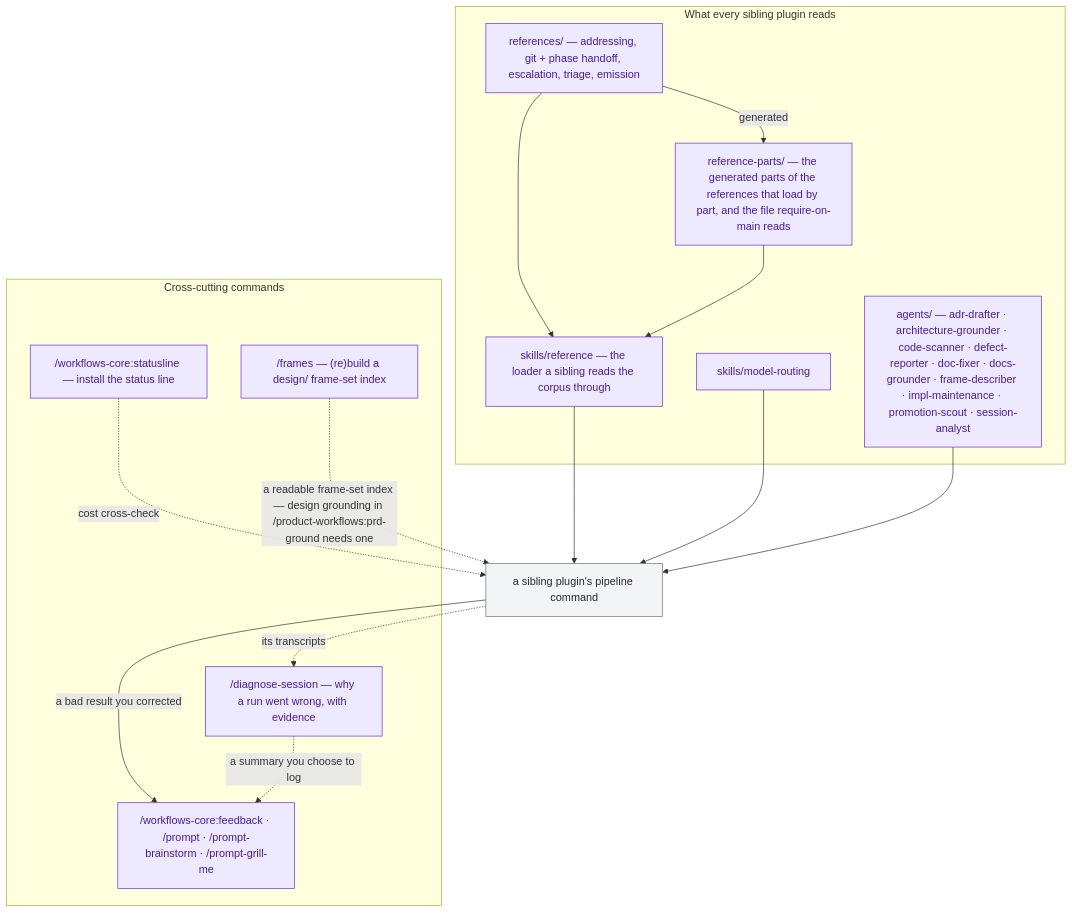
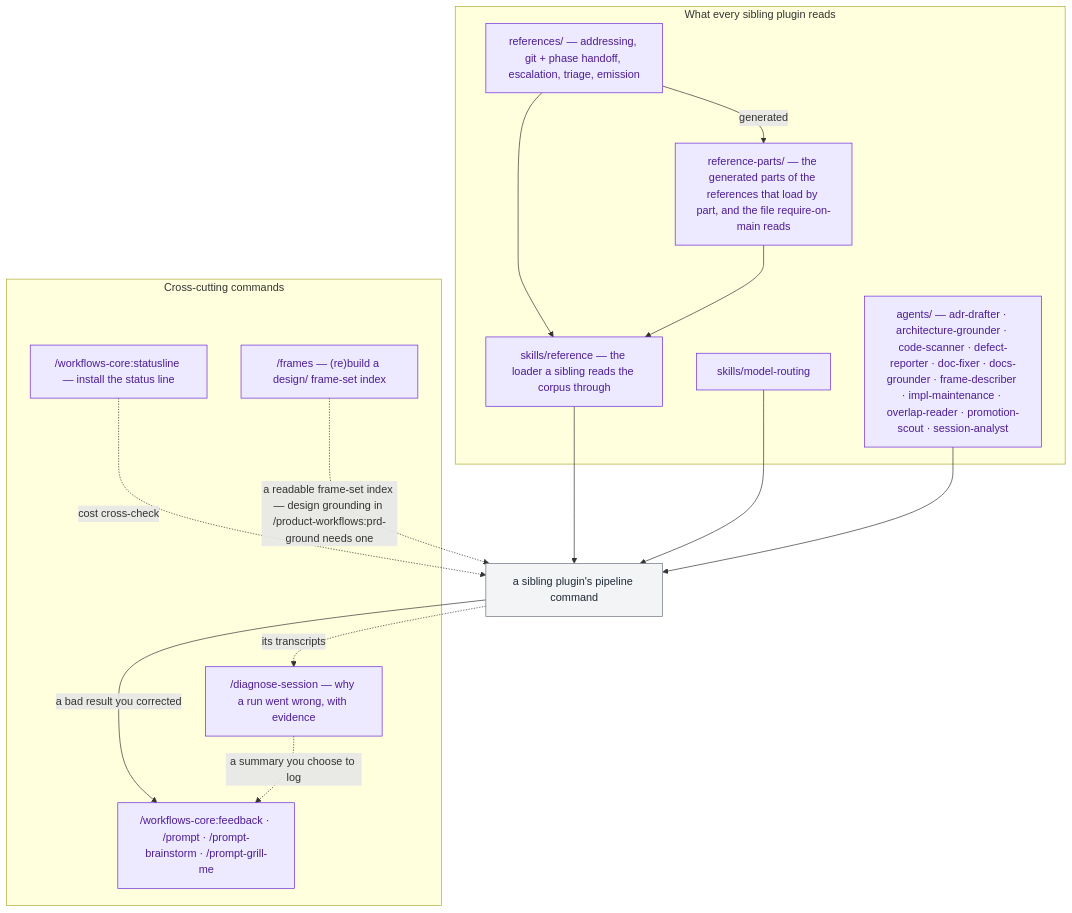
Before and after one commit to ihudak/ai-workflows: the diagram in plugins/workflows-core/docs/workflow.md, drawn with Mermaid. The commit also changed other lines of this file and 25 other files, not shown here.

````diff
--- a/plugins/workflows-core/docs/workflow.md
+++ b/plugins/workflows-core/docs/workflow.md
@@ -5,32 +5,32 @@
 ```mermaid
 flowchart TD
     subgraph CORPUS["What every sibling plugin reads"]
         refs["references/ — addressing, git + phase handoff, escalation, triage, emission"]:::core
         parts["reference-parts/ — the generated parts of the references that load by part, and the file require-on-main reads"]:::core
         loader["skills/reference — the loader a sibling reads the corpus through"]:::core
         skill["skills/model-routing"]:::core
-        agents["agents/ — adr-drafter · architecture-grounder · code-scanner · defect-reporter · doc-fixer · docs-grounder · frame-describer · impl-maintenance · promotion-scout · session-analyst"]:::core
+        agents["agents/ — adr-drafter · architecture-grounder · code-scanner · defect-reporter · doc-fixer · docs-grounder · frame-describer · impl-maintenance · overlap-reader · promotion-scout · session-analyst"]:::core
     end
     subgraph CROSS["Cross-cutting commands"]
         setup["/workflows-core:statusline — install the status line"]:::core
         repair["/frames — (re)build a design/ frame-set index"]:::core
         improve["/workflows-core:feedback · /prompt · /prompt-brainstorm · /prompt-grill-me"]:::core
         diagnose["/diagnose-session — why a run went wrong, with evidence"]:::core
     end
     pipeline["a sibling plugin's pipeline command"]:::other
 
     refs --> loader
     refs -->|generated| parts
     parts --> loader
     loader --> pipeline
     skill --> pipeline
     agents --> pipeline
     pipeline -->|a bad result you corrected| improve
     pipeline -.->|its transcripts| diagnose
     diagnose -.->|a summary you choose to log| improve
     setup -.->|cost cross-check| pipeline
     repair -.->|"a readable frame-set index — design grounding in /product-workflows:prd-ground needs one"| pipeline
 
     classDef core fill:#ede9fe,stroke:#6d28d9,color:#4c1d95
     classDef other fill:#f3f4f6,stroke:#6b7280,color:#1f2937
 ```
````
